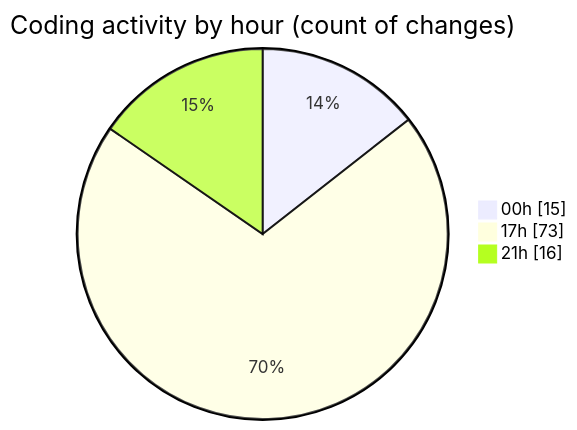
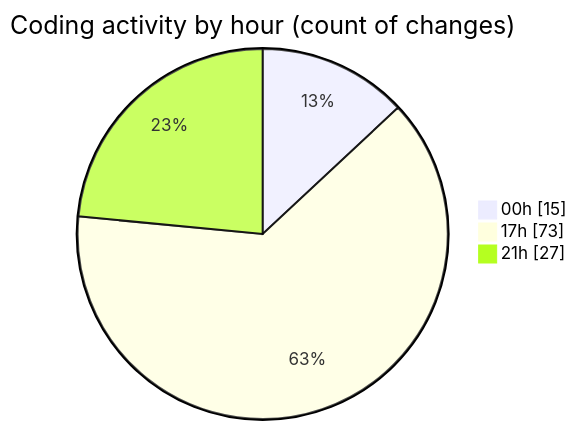
One commit to Netris89/code-tracking changed the second of 2 diagrams in 2025-04-06/echo/README.md. Above: the diagram before and after it, drawn with Mermaid. The commit also changed other lines of this file and 1 other file, not shown here.

````diff
--- a/2025-04-06/echo/README.md
+++ b/2025-04-06/echo/README.md
@@ -39,7 +39,7 @@
 ```mermaid
 pie showData
 title Coding activity by hour (count of changes)
 "00h" : 15
 "17h" : 73
-"21h" : 16
+"21h" : 27
 ```
````
